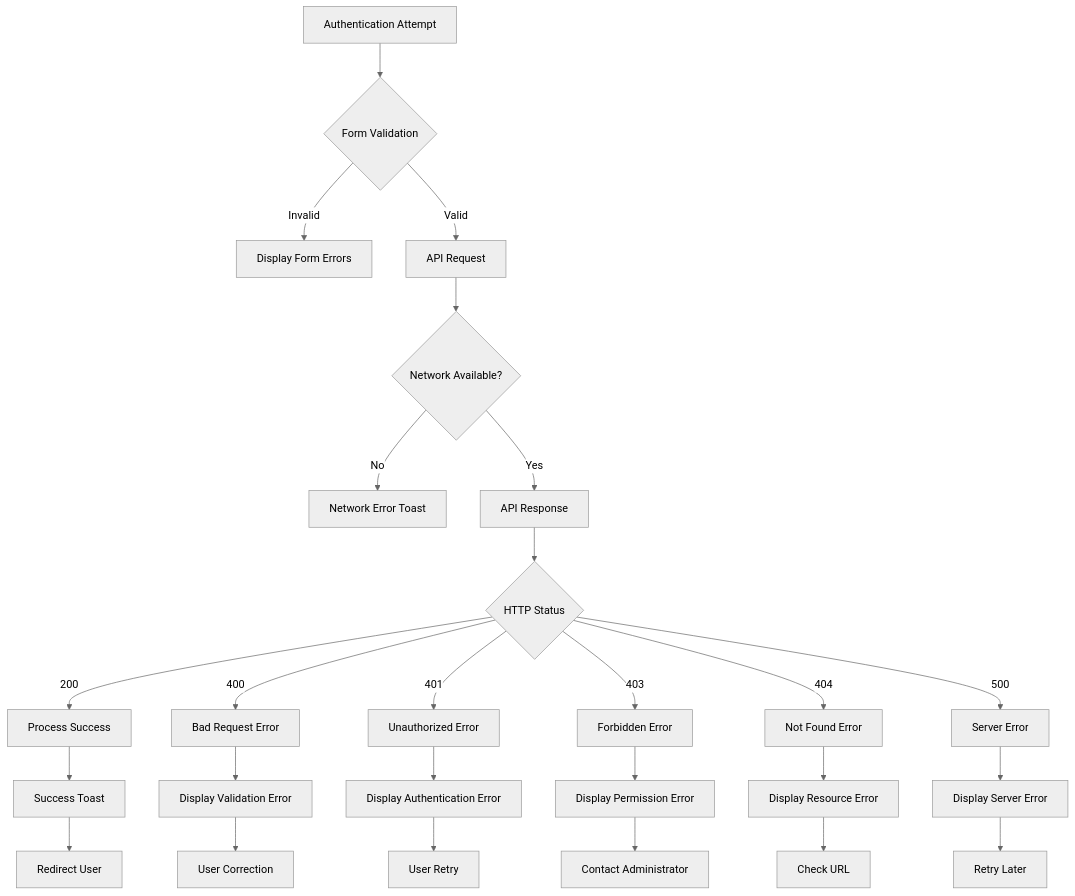
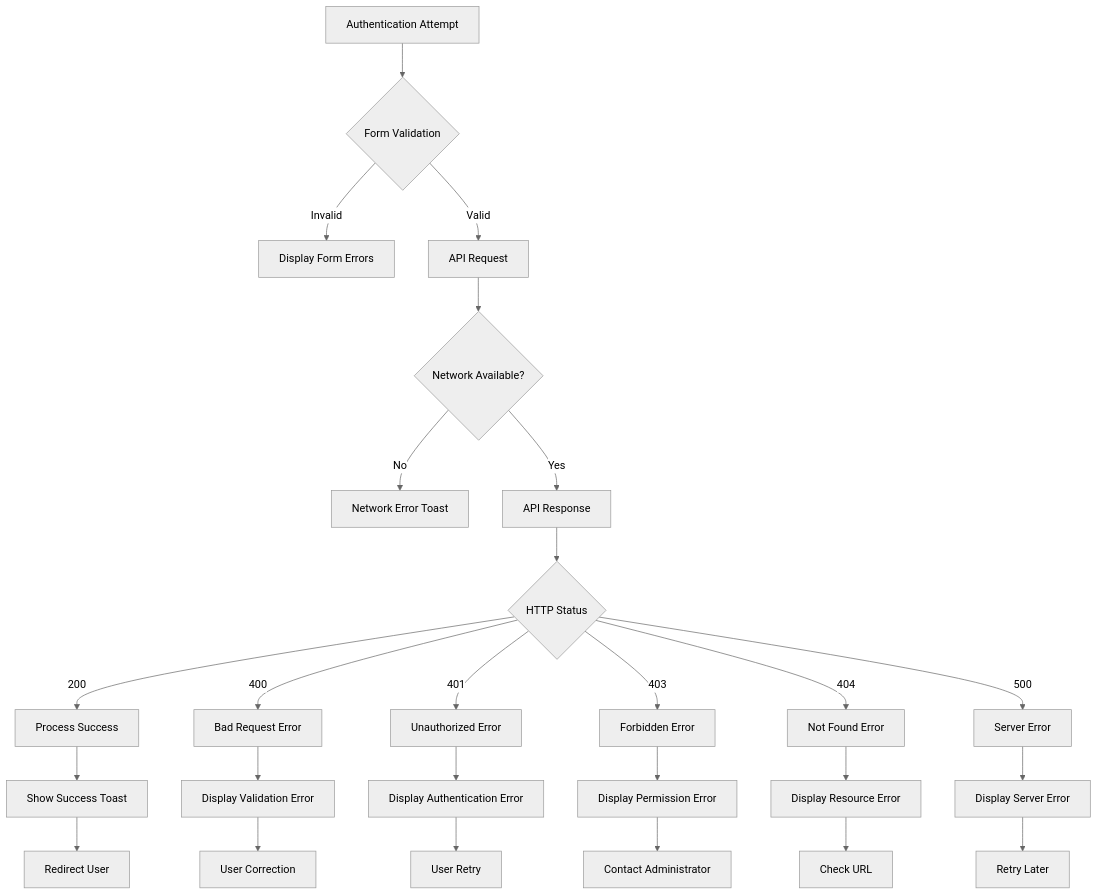
Before and after one commit to Aryan9060/Timetable-Project: diagram 13 of 13 in .qoder/repowiki/en/content/Authentication & Authorization/Login Page Implementation.md, drawn with Mermaid (neutral theme). The commit also changed other lines of this file and 7 other files, not shown here.

````diff
--- a/.qoder/repowiki/en/content/Authentication & Authorization/Login Page Implementation.md
+++ b/.qoder/repowiki/en/content/Authentication & Authorization/Login Page Implementation.md
@@ -660,28 +645,28 @@
 ```mermaid
 flowchart TD
 A[Authentication Attempt] --> B{Form Validation}
 B --> |Invalid| C[Display Form Errors]
 B --> |Valid| D[API Request]
 D --> E{Network Available?}
 E --> |No| F[Network Error Toast]
 E --> |Yes| G[API Response]
 G --> H{HTTP Status}
 H --> |200| I[Process Success]
 H --> |400| J[Bad Request Error]
 H --> |401| K[Unauthorized Error]
 H --> |403| L[Forbidden Error]
 H --> |404| M[Not Found Error]
 H --> |500| N[Server Error]
-I --> O[Success Toast]
+I --> O[Show Success Toast]
 O --> P[Redirect User]
 J --> Q[Display Validation Error]
 K --> R[Display Authentication Error]
 L --> S[Display Permission Error]
 M --> T[Display Resource Error]
 N --> U[Display Server Error]
 Q --> V[User Correction]
 R --> W[User Retry]
 S --> X[Contact Administrator]
 T --> Y[Check URL]
 U --> Z[Retry Later]
 ```
````
